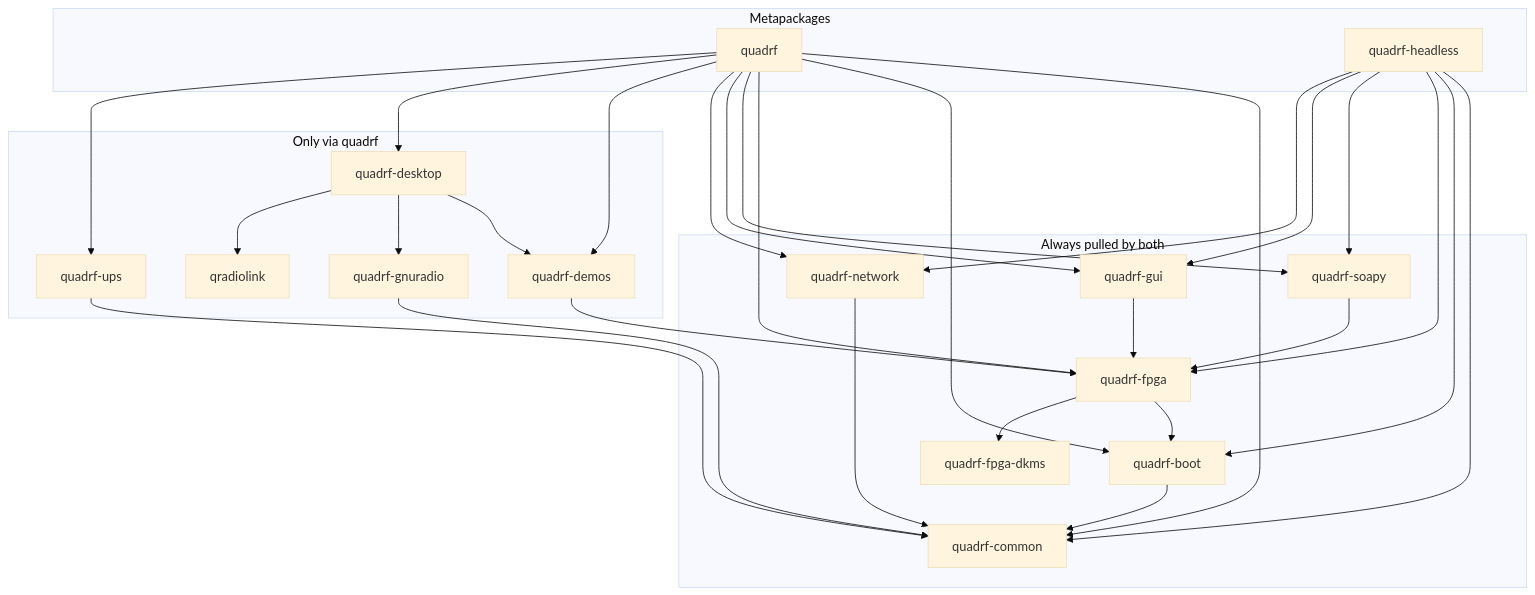
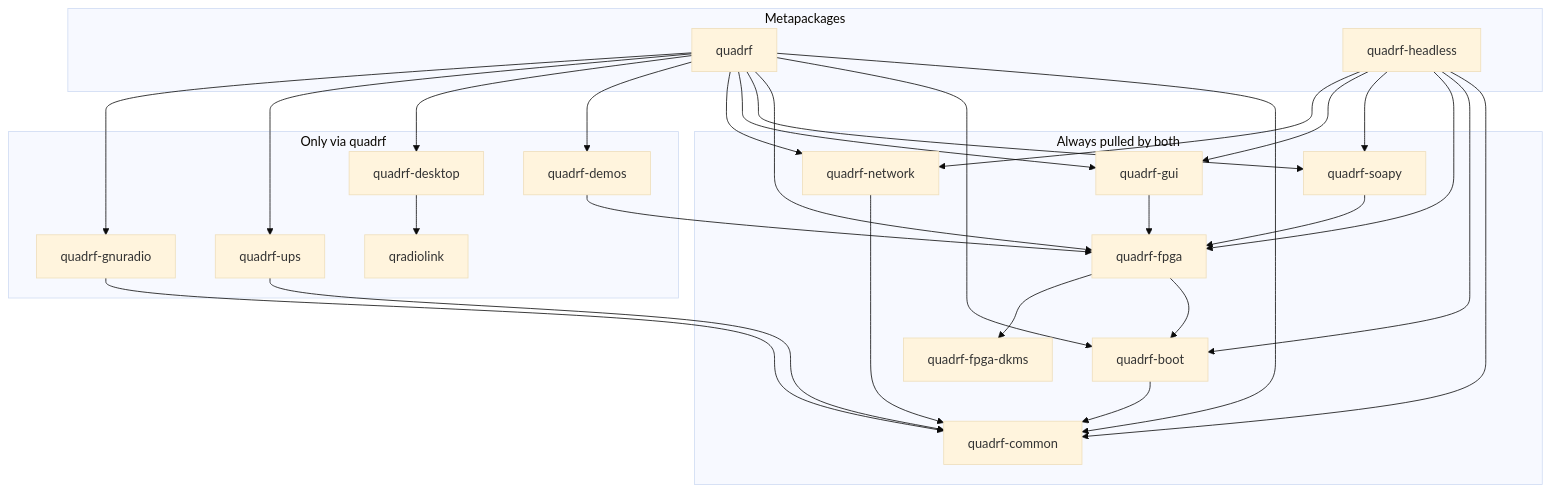
Before and after one commit to ScaleRF/QuadRF: the diagram in docs/install.md, drawn with Mermaid (base theme). The commit also changed other lines of this file and 48 other files, not shown here.

````diff
--- a/docs/install.md
+++ b/docs/install.md
@@ -45,38 +45,38 @@
 ```mermaid
 flowchart TB
   subgraph metas["Metapackages"]
     FULL["quadrf"]
     HEAD["quadrf-headless"]
   end
 
   subgraph core["Always pulled by both"]
     COMMON["quadrf-common"]
     BOOT["quadrf-boot"]
     FPGA["quadrf-fpga"]
     DKMS["quadrf-fpga-dkms"]
     SOAPY["quadrf-soapy"]
     GUI["quadrf-gui"]
     NET["quadrf-network"]
   end
 
   subgraph full_only["Only via quadrf"]
     DEMOS["quadrf-demos"]
     DESK["quadrf-desktop"]
     UPS["quadrf-ups"]
     GRC["quadrf-gnuradio"]
     QRL["qradiolink"]
   end
 
-  FULL --> COMMON & BOOT & FPGA & SOAPY & GUI & NET & DEMOS & DESK & UPS
+  FULL --> COMMON & BOOT & FPGA & SOAPY & GUI & NET & DEMOS & DESK & UPS & GRC
   HEAD --> COMMON & BOOT & FPGA & SOAPY & GUI & NET
 
   BOOT --> COMMON
   FPGA --> BOOT & DKMS
   SOAPY --> FPGA
   GUI --> FPGA
   DEMOS --> FPGA
-  DESK --> DEMOS & GRC & QRL
+  DESK --> QRL
   NET --> COMMON
   UPS --> COMMON
   GRC --> COMMON
 ```
````
